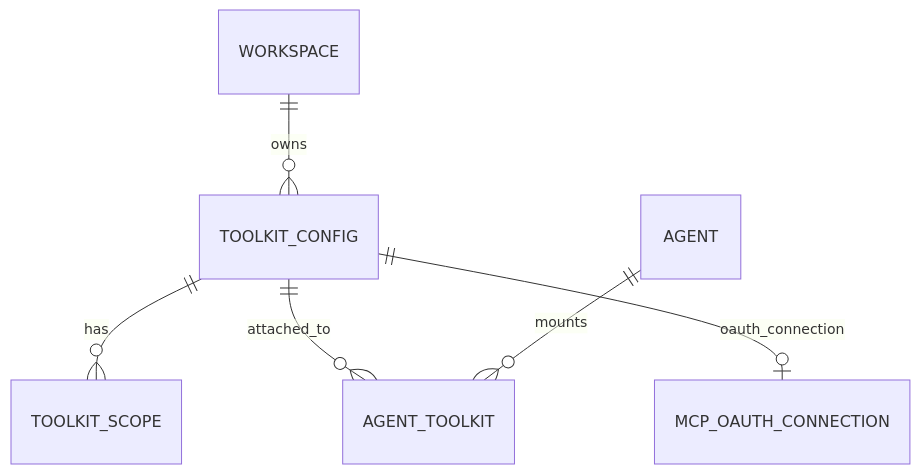
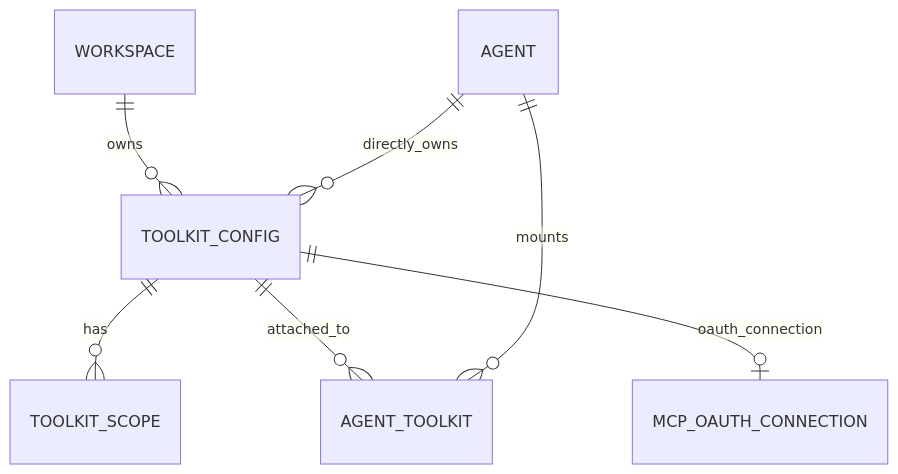
The first of 4 diagrams in docs/azents/spec/domain/toolkit.md (azents/azents), drawn with Mermaid before and after one commit. The commit also changed other lines of this file and 37 other files, not shown here.

Commit message:
Add agent-scoped toolkit management product flow

````diff
--- a/docs/azents/spec/domain/toolkit.md
+++ b/docs/azents/spec/domain/toolkit.md
@@ -99,8 +103,9 @@
 ```mermaid
 erDiagram
     WORKSPACE ||--o{ TOOLKIT_CONFIG : owns
+    AGENT ||--o{ TOOLKIT_CONFIG : directly_owns
     TOOLKIT_CONFIG ||--o{ TOOLKIT_SCOPE : has
     TOOLKIT_CONFIG ||--o{ AGENT_TOOLKIT : attached_to
     TOOLKIT_CONFIG ||--o| MCP_OAUTH_CONNECTION : oauth_connection
     AGENT ||--o{ AGENT_TOOLKIT : mounts
 ```
````
